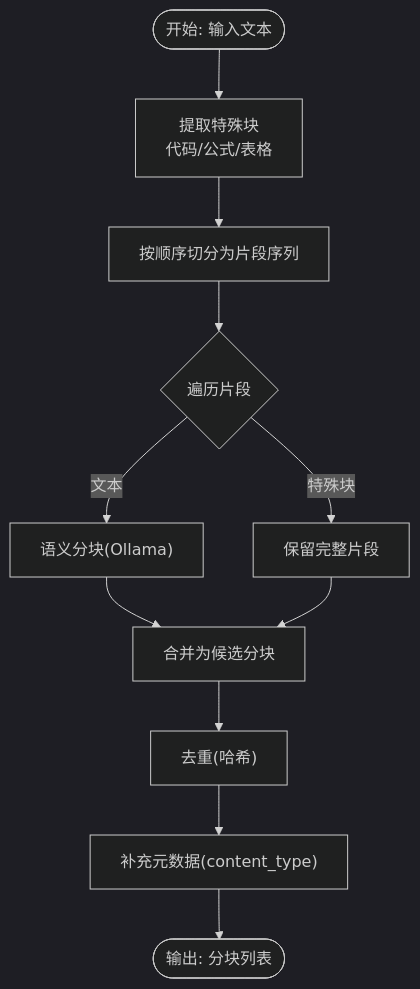
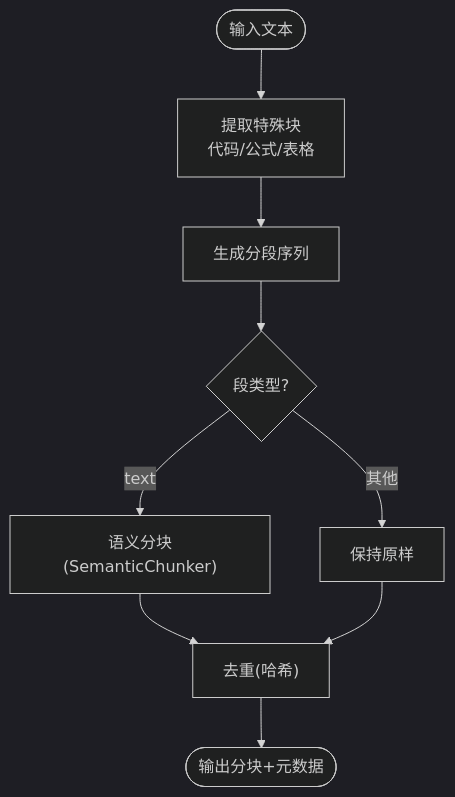
Before and after one commit to iammm0/advanced-rag: the fifth of 7 diagrams in .qoder/repowiki/zh/content/项目概述/项目概述.md, drawn with Mermaid (dark theme). The commit also changed other lines of this file and 233 other files, not shown here.

````diff
--- a/.qoder/repowiki/zh/content/项目概述/项目概述.md
+++ b/.qoder/repowiki/zh/content/项目概述/项目概述.md
@@ -181,13 +212,11 @@
 ```mermaid
 flowchart TD
-Start(["开始: 输入文本"]) --> Extract["提取特殊块<br/>代码/公式/表格"]
-Extract --> Split["按顺序切分为片段序列"]
-Split --> ForEach{"遍历片段"}
-ForEach --> |文本| Semantic["语义分块(Ollama)"]
-ForEach --> |特殊块| Keep["保留完整片段"]
-Semantic --> Merge["合并为候选分块"]
-Keep --> Merge
-Merge --> Dedup["去重(哈希)"]
-Dedup --> Meta["补充元数据(content_type)"]
-Meta --> End(["输出: 分块列表"])
+In(["输入文本"]) --> Extract["提取特殊块<br/>代码/公式/表格"]
+Extract --> Segments["生成分段序列"]
+Segments --> Branch{"段类型?"}
+Branch --> |text| Sem["语义分块(SemanticChunker)"]
+Branch --> |其他| Keep["保持原样"]
+Sem --> Hash["去重(哈希)"]
+Keep --> Hash
+Hash --> Out(["输出分块+元数据"])
 ```
````
